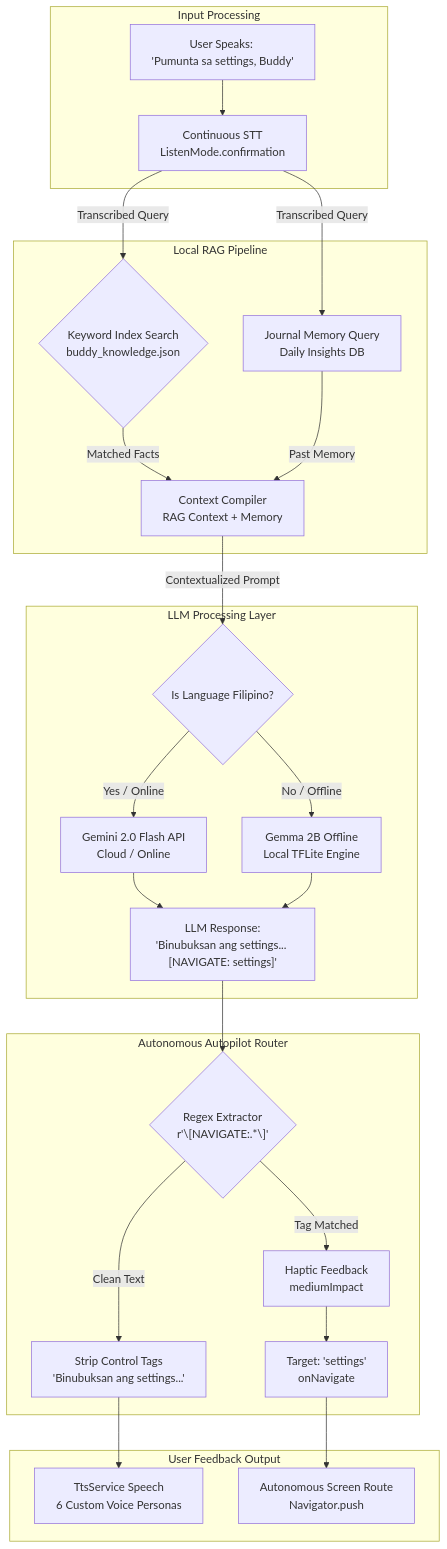
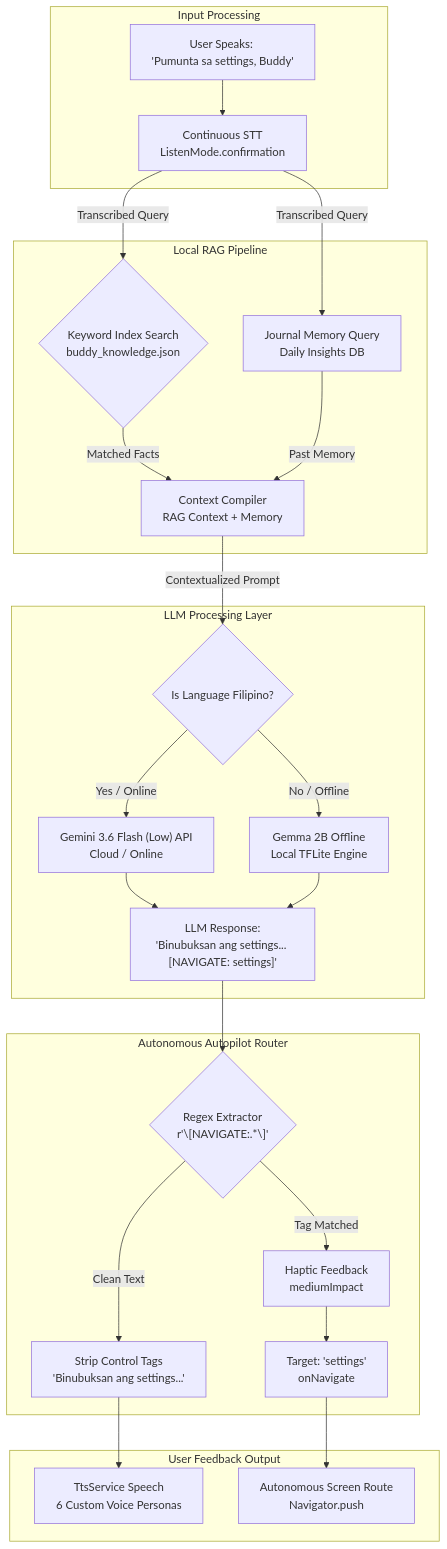
The second of 2 diagrams in docs/architecture/ai_architecture.md (Thes-IS-IT/Easylens), drawn with Mermaid before and after one commit. The commit also changed other lines of this file and 3 other files, not shown here.

Commit message:
docs: update model references from Gemini 2.0 to Gemini 3.6 Flash (Low) across README and documentation

````diff
--- a/docs/architecture/ai_architecture.md
+++ b/docs/architecture/ai_architecture.md
@@ -91,62 +91,62 @@
 ```mermaid
 graph TD
     %% Inputs
     subgraph Inputs ["Input Processing"]
         UserSpeech["User Speaks: <br/>'Pumunta sa settings, Buddy'"]
         STT["Continuous STT <br/>ListenMode.confirmation"]
     end
 
     %% RAG Pipeline
     subgraph RAG ["Local RAG Pipeline"]
         KeywordMatcher{"Keyword Index Search<br/>buddy_knowledge.json"}
         JournalSearch["Journal Memory Query<br/>Daily Insights DB"]
         ContextCompiler["Context Compiler<br/>RAG Context + Memory"]
     end
 
     %% Model Processing
     subgraph ModelSelection ["LLM Processing Layer"]
         LangCheck{"Is Language Filipino?"}
-        Gemini["Gemini 2.0 Flash API<br/>Cloud / Online"]
+        Gemini["Gemini 3.6 Flash (Low) API<br/>Cloud / Online"]
         Gemma["Gemma 2B Offline<br/>Local TFLite Engine"]
         LlmOutput["LLM Response:<br/>'Binubuksan ang settings... [NAVIGATE: settings]'"]
     end
 
     %% Autonomous Agent Router
     subgraph AgentRouter ["Autonomous Autopilot Router"]
         TagExtractor{"Regex Extractor<br/>r'\[NAVIGATE:.*\]'"}
         TagExecute["Target: 'settings'<br/>onNavigate"]
         Haptic["Haptic Feedback<br/>mediumImpact"]
         TtsClean["Strip Control Tags<br/>'Binubuksan ang settings...'"]
     end
 
     %% Outputs
     subgraph Outputs ["User Feedback Output"]
         TTS["TtsService Speech<br/>6 Custom Voice Personas"]
         ScreenNav["Autonomous Screen Route<br/>Navigator.push"]
     end
 
     %% Connections
     UserSpeech --> STT
     STT --> |Transcribed Query| KeywordMatcher
     STT --> |Transcribed Query| JournalSearch
     
     KeywordMatcher --> |Matched Facts| ContextCompiler
     JournalSearch --> |Past Memory| ContextCompiler
     
     ContextCompiler --> |Contextualized Prompt| LangCheck
     
     LangCheck --> |Yes / Online| Gemini
     LangCheck --> |No / Offline| Gemma
     
     Gemini --> LlmOutput
     Gemma --> LlmOutput
     
     LlmOutput --> TagExtractor
     
     TagExtractor --> |Tag Matched| Haptic
     Haptic --> TagExecute
     TagExecute --> ScreenNav
     
     TagExtractor --> |Clean Text| TtsClean
     TtsClean --> TTS
 ```
````
